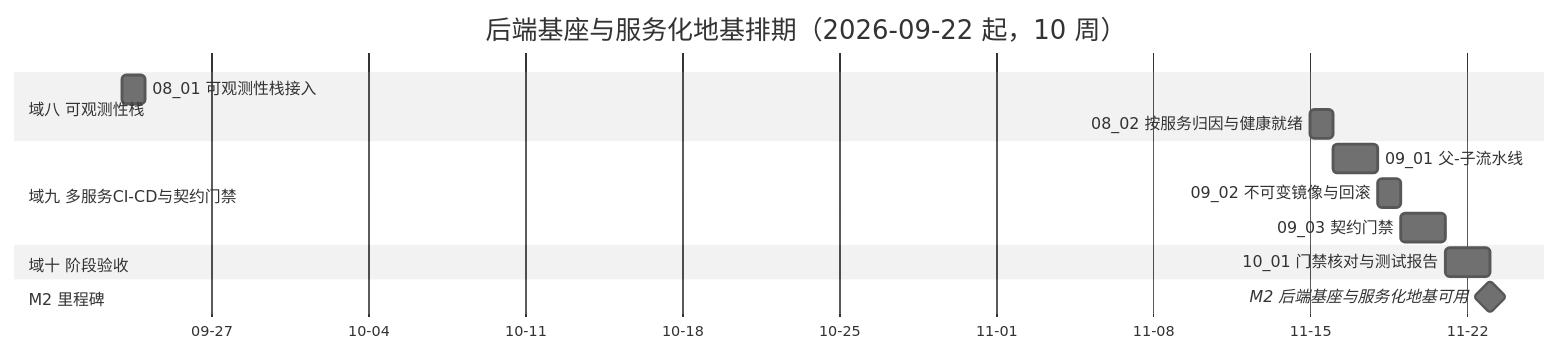
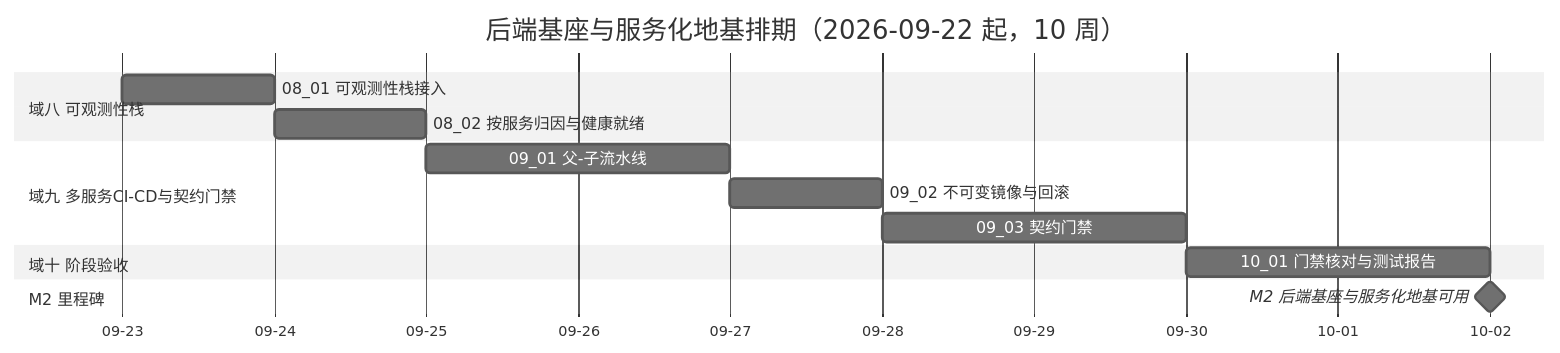
One commit to minjian123/basic-management-system changed the diagram in bms文档/项目/02_后端基座与服务化地基/计划/01_计划_后端基座与服务化地基.md. Above: the diagram before and after it, drawn with Mermaid (neutral theme). The commit also changed other lines of this file and 10 other files, not shown here.

````diff
--- a/bms文档/项目/02_后端基座与服务化地基/计划/01_计划_后端基座与服务化地基.md
+++ b/bms文档/项目/02_后端基座与服务化地基/计划/01_计划_后端基座与服务化地基.md
@@ -58,17 +58,17 @@
 ```mermaid
 gantt
     title 后端基座与服务化地基排期（2026-09-22 起，10 周）
     dateFormat  YYYY-MM-DD
     axisFormat %m-%d
     section 域八 可观测性栈
     08_01 可观测性栈接入 :a0801, 2026-09-23, 1d
-    08_02 按服务归因与健康就绪 :a0802, 2026-11-15, 1d
+    08_02 按服务归因与健康就绪 :a0802, 2026-09-24, 1d
     section 域九 多服务CI-CD与契约门禁
     09_01 父-子流水线 :a0901, after a0802, 2d
     09_02 不可变镜像与回滚 :a0902, after a0901, 1d
     09_03 契约门禁 :a0903, after a0902, 2d
     section 域十 阶段验收
     10_01 门禁核对与测试报告 :a1001, after a0903, 2d
     section M2 里程碑
     M2 后端基座与服务化地基可用 :milestone, mm2, after a1001, 0d
 ```
````
